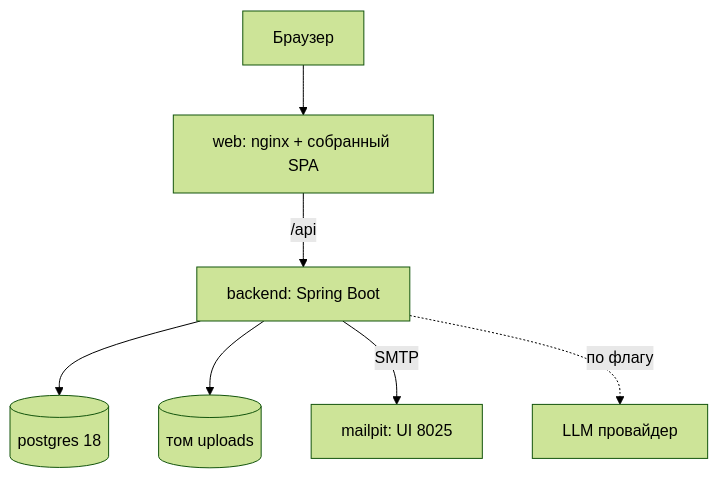
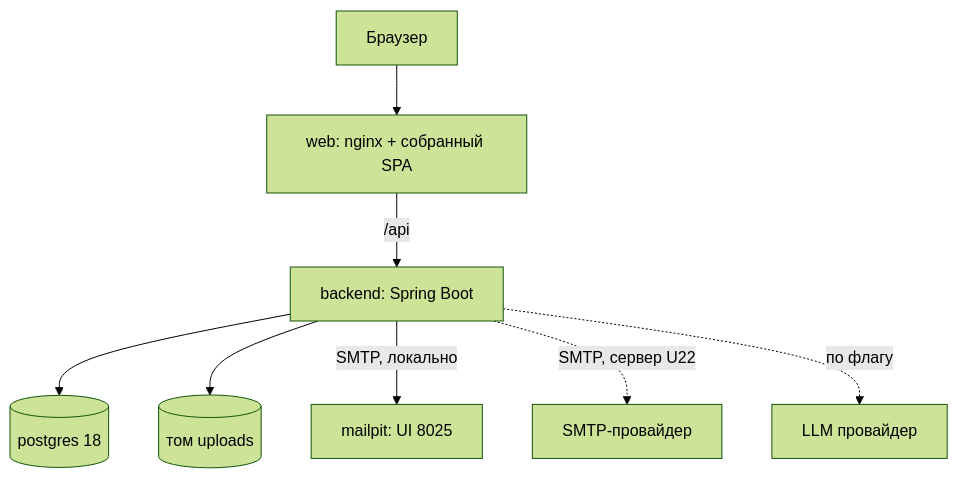
One commit to Daniiltyhtin/campus-rating changed the first of 5 diagrams in docs/spec/plans/2026-10-31-001-feat-campus-rating-mvp-plan.md. Above: the diagram before and after it, drawn with Mermaid (forest theme). The commit also changed other lines of this file and 17 other files, not shown here.

````diff
--- a/docs/spec/plans/2026-10-31-001-feat-campus-rating-mvp-plan.md
+++ b/docs/spec/plans/2026-10-31-001-feat-campus-rating-mvp-plan.md
@@ -262,9 +272,10 @@
 ```mermaid
 flowchart TB
   B[Браузер] --> N[web: nginx + собранный SPA]
   N -->|/api| A[backend: Spring Boot]
   A --> P[(postgres 18)]
   A --> V[(том uploads)]
-  A -->|SMTP| M[mailpit: UI 8025]
+  A -->|SMTP, локально| M[mailpit: UI 8025]
+  A -.->|SMTP, сервер U22| S[SMTP-провайдер]
   A -.->|по флагу| L[LLM провайдер]
 ```
````
